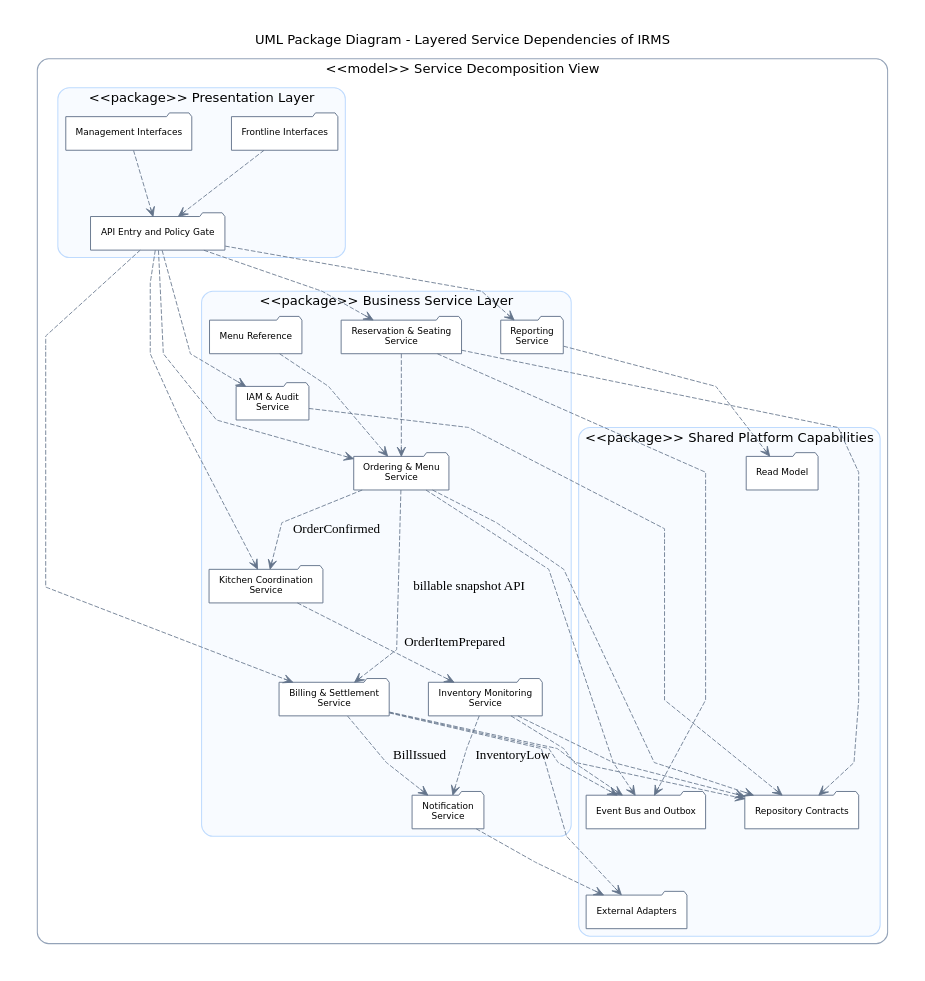
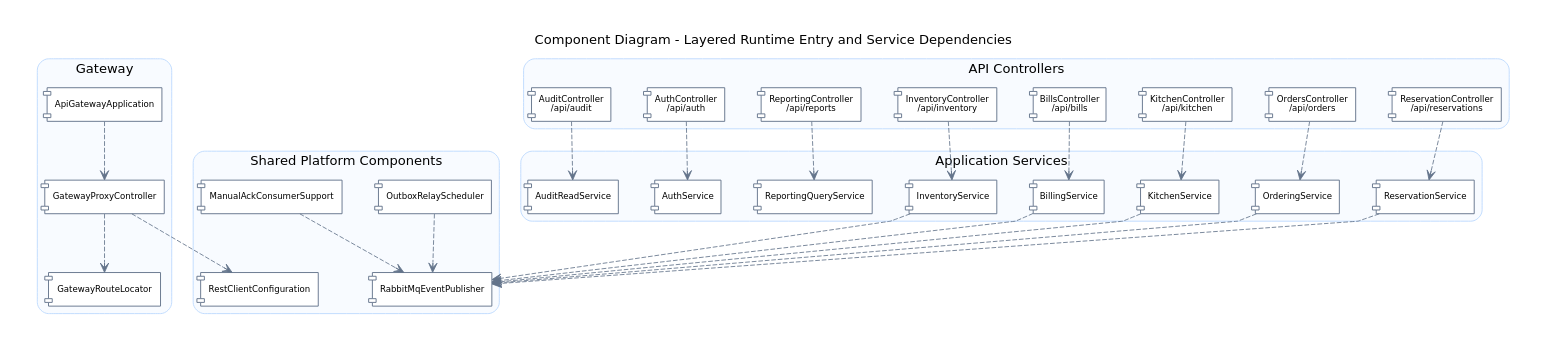
Before and after one commit to lehoangluan1/SA_IRMS: the diagram in assets/diagrams/source/architecture/22_module_view_overview_layered_dependencies.dot, drawn with Graphviz. The commit also changed 3969 other files, not shown here.

```diff
--- a/assets/diagrams/source/architecture/22_module_view_overview_layered_dependencies.dot
+++ b/assets/diagrams/source/architecture/22_module_view_overview_layered_dependencies.dot
@@ -1,95 +1,90 @@
 digraph G {
   graph [
     rankdir=TB,
     newrank=true,
     compound=true,
     bgcolor="white",
     pad=0.34,
-    nodesep=0.58,
-    ranksep=0.96,
+    nodesep=0.54,
+    ranksep=0.88,
     splines=polyline,
     fontname="DejaVu Sans",
     labelloc="t",
-    label="UML Package Diagram - Layered Service Dependencies of IRMS"
+    label="Component Diagram - Layered Runtime Entry and Service Dependencies"
   ];
 
-  node [shape=folder, style="filled", fillcolor="#FFFFFF", color="#64748B", penwidth=1.0, fontname="DejaVu Sans", fontsize=9.6, margin="0.14,0.08"];
-  edge [style=dashed, arrowhead=vee, color="#64748B", penwidth=0.9];
+  node [shape=component, style="rounded,filled", fillcolor="#FFFFFF", color="#64748B", penwidth=1.0, fontname="DejaVu Sans", fontsize=9.2, margin="0.10,0.06"];
+  edge [style=dashed, arrowhead=vee, color="#64748B", penwidth=0.9, fontname="DejaVu Sans", fontsize=8.0];
 
-  subgraph cluster_model {
-    label="<<model>> Service Decomposition View";
-    color="#94A3B8";
-    penwidth=1.1;
-    style="rounded";
-
-    subgraph cluster_presentation {
-      label="<<package>> Presentation Layer";
-      color="#BFDBFE";
-      style="rounded,filled";
-      fillcolor="#F8FBFF";
-      frontline_ui [label="Frontline Interfaces"];
-      management_ui [label="Management Interfaces"];
-      gateway [label="API Entry and Policy Gate"];
-    }
-
-    subgraph cluster_business {
-      label="<<package>> Business Service Layer";
-      color="#BFDBFE";
-      style="rounded,filled";
-      fillcolor="#F8FBFF";
-      reservation [label="Reservation & Seating\nService"];
-      menu [label="Menu Reference"];
-      ordering [label="Ordering & Menu\nService"];
-      kitchen [label="Kitchen Coordination\nService"];
-      billing [label="Billing & Settlement\nService"];
-      inventory [label="Inventory Monitoring\nService"];
-      reporting [label="Reporting\nService"];
-      notification [label="Notification\nService"];
-      governance [label="IAM & Audit\nService"];
-    }
-
-    subgraph cluster_platform {
-      label="<<package>> Shared Platform Capabilities";
-      color="#BFDBFE";
-      style="rounded,filled";
-      fillcolor="#F8FBFF";
-      repositories [label="Repository Contracts"];
-      events [label="Event Bus and Outbox"];
-      readmodel [label="Read Model"];
-      adapters [label="External Adapters"];
-    }
+  subgraph cluster_gateway {
+    label="Gateway";
+    color="#BFDBFE";
+    style="rounded,filled";
+    fillcolor="#F8FBFF";
+    ApiGatewayApplication [label="ApiGatewayApplication"];
+    GatewayProxyController [label="GatewayProxyController"];
+    GatewayRouteLocator [label="GatewayRouteLocator"];
   }
 
-  frontline_ui -> gateway;
-  management_ui -> gateway;
+  subgraph cluster_api {
+    label="API Controllers";
+    color="#BFDBFE";
+    style="rounded,filled";
+    fillcolor="#F8FBFF";
+    ReservationController [label="ReservationController\n/api/reservations"];
+    OrdersController [label="OrdersController\n/api/orders"];
+    KitchenController [label="KitchenController\n/api/kitchen"];
+    BillsController [label="BillsController\n/api/bills"];
+    InventoryController [label="InventoryController\n/api/inventory"];
+    ReportingController [label="ReportingController\n/api/reports"];
+    AuthController [label="AuthController\n/api/auth"];
+    AuditController [label="AuditController\n/api/audit"];
+  }
 
-  gateway -> reservation;
-  gateway -> ordering;
-  gateway -> kitchen;
-  gateway -> billing;
-  gateway -> reporting;
-  gateway -> governance;
+  subgraph cluster_application {
+    label="Application Services";
+    color="#BFDBFE";
+    style="rounded,filled";
+    fillcolor="#F8FBFF";
+    ReservationService [label="ReservationService"];
+    OrderingService [label="OrderingService"];
+    KitchenService [label="KitchenService"];
+    BillingService [label="BillingService"];
+    InventoryService [label="InventoryService"];
+    ReportingQueryService [label="ReportingQueryService"];
+    AuthService [label="AuthService"];
+    AuditReadService [label="AuditReadService"];
+  }
 
-  reservation -> ordering;
-  menu -> ordering;
-  ordering -> kitchen [label="OrderConfirmed"];
-  ordering -> billing [label="billable snapshot API"];
-  kitchen -> inventory [label="OrderItemPrepared"];
-  billing -> notification [label="BillIssued"];
-  inventory -> notification [label="InventoryLow"];
+  subgraph cluster_platform {
+    label="Shared Platform Components";
+    color="#BFDBFE";
+    style="rounded,filled";
+    fillcolor="#F8FBFF";
+    RabbitMqEventPublisher [label="RabbitMqEventPublisher"];
+    OutboxRelayScheduler [label="OutboxRelayScheduler"];
+    ManualAckConsumerSupport [label="ManualAckConsumerSupport"];
+    RestClientConfiguration [label="RestClientConfiguration"];
+  }
 
-  reservation -> repositories;
-  ordering -> repositories;
-  billing -> repositories;
-  inventory -> repositories;
-  governance -> repositories;
+  ApiGatewayApplication -> GatewayProxyController;
+  GatewayProxyController -> GatewayRouteLocator;
+  GatewayProxyController -> RestClientConfiguration;
 
-  reservation -> events;
-  ordering -> events;
-  billing -> events;
-  inventory -> events;
+  ReservationController -> ReservationService;
+  OrdersController -> OrderingService;
+  KitchenController -> KitchenService;
+  BillsController -> BillingService;
+  InventoryController -> InventoryService;
+  ReportingController -> ReportingQueryService;
+  AuthController -> AuthService;
+  AuditController -> AuditReadService;
 
-  reporting -> readmodel;
-  notification -> adapters;
-  billing -> adapters;
+  ReservationService -> RabbitMqEventPublisher;
+  OrderingService -> RabbitMqEventPublisher;
+  KitchenService -> RabbitMqEventPublisher;
+  BillingService -> RabbitMqEventPublisher;
+  InventoryService -> RabbitMqEventPublisher;
+  OutboxRelayScheduler -> RabbitMqEventPublisher;
+  ManualAckConsumerSupport -> RabbitMqEventPublisher;
 }
```
